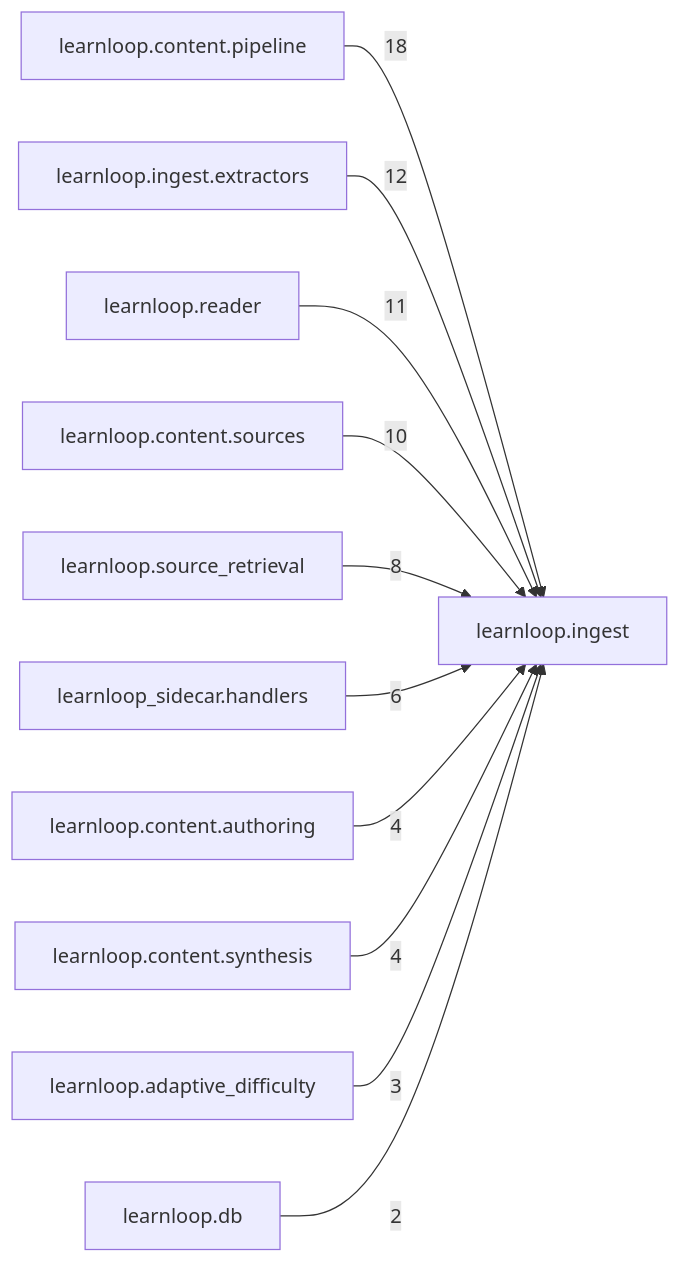
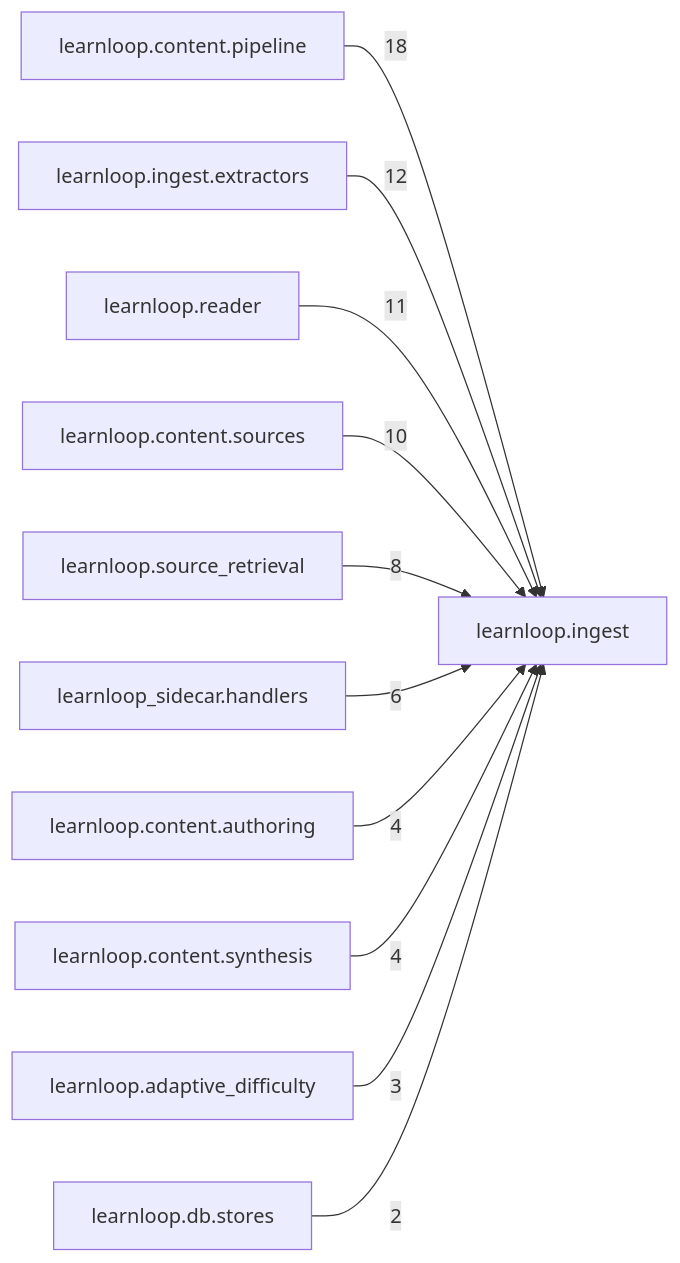
Before and after one commit to 6up-b/learnanything: the diagram in docs/learnloop-architecture-vault/Reference/Modules/learnloop/ingest/_package.md, drawn with Mermaid. The commit also changed other lines of this file and 136 other files, not shown here.

````diff
--- a/docs/learnloop-architecture-vault/Reference/Modules/learnloop/ingest/_package.md
+++ b/docs/learnloop-architecture-vault/Reference/Modules/learnloop/ingest/_package.md
@@ -113,24 +113,24 @@
 ```mermaid
 flowchart LR
     center["learnloop.ingest"]
     n_learnloop_content_pipeline["learnloop.content.pipeline"]
     n_learnloop_ingest_extractors["learnloop.ingest.extractors"]
     n_learnloop_reader["learnloop.reader"]
     n_learnloop_content_sources["learnloop.content.sources"]
     n_learnloop_source_retrieval["learnloop.source_retrieval"]
     n_learnloop_sidecar_handlers["learnloop_sidecar.handlers"]
     n_learnloop_content_authoring["learnloop.content.authoring"]
     n_learnloop_content_synthesis["learnloop.content.synthesis"]
     n_learnloop_adaptive_difficulty["learnloop.adaptive_difficulty"]
-    n_learnloop_db["learnloop.db"]
+    n_learnloop_db_stores["learnloop.db.stores"]
     n_learnloop_content_pipeline -->|18| center
     n_learnloop_ingest_extractors -->|12| center
     n_learnloop_reader -->|11| center
     n_learnloop_content_sources -->|10| center
     n_learnloop_source_retrieval -->|8| center
     n_learnloop_sidecar_handlers -->|6| center
     n_learnloop_content_authoring -->|4| center
     n_learnloop_content_synthesis -->|4| center
     n_learnloop_adaptive_difficulty -->|3| center
-    n_learnloop_db -->|2| center
+    n_learnloop_db_stores -->|2| center
 ```
````
